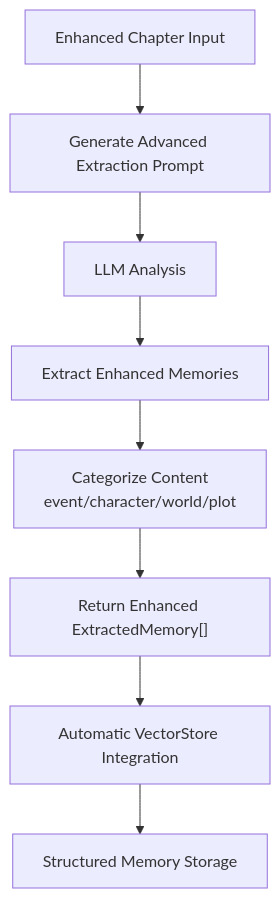
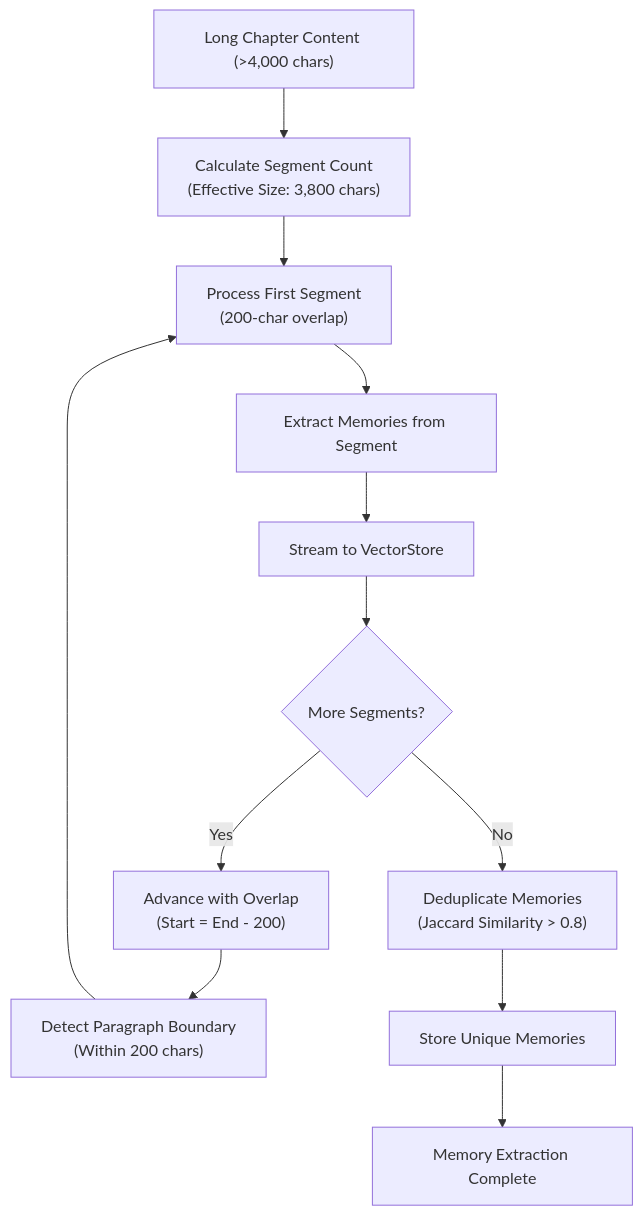
One commit to liwonder/NARRITIVE_OS changed the third of 11 diagrams in .qoder/repowiki/en/content/Memory Management System/Memory Management System.md. Above: the diagram before and after it, drawn with Mermaid. The commit also changed other lines of this file and 17 other files, not shown here.

First line of the commit message:
Enhance engine: character strategies, memory & docs

````diff
--- a/.qoder/repowiki/en/content/Memory Management System/Memory Management System.md
+++ b/.qoder/repowiki/en/content/Memory Management System/Memory Management System.md
@@ -275,10 +272,14 @@
 ```mermaid
 flowchart TD
-A["Enhanced Chapter Input"] --> B["Generate Advanced Extraction Prompt"]
-B --> C["LLM Analysis"]
-C --> D["Extract Enhanced Memories"]
-D --> E["Categorize Content<br/>event/character/world/plot"]
-E --> F["Return Enhanced ExtractedMemory[]"]
-F --> G["Automatic VectorStore Integration"]
-G --> H["Structured Memory Storage"]
+A["Long Chapter Content (>4,000 chars)"] --> B["Calculate Segment Count<br/>(Effective Size: 3,800 chars)"]
+B --> C["Process First Segment<br/>(200-char overlap)"]
+C --> D["Extract Memories from Segment"]
+D --> E["Stream to VectorStore"]
+E --> F{"More Segments?"}
+F --> |Yes| G["Advance with Overlap<br/>(Start = End - 200)"]
+G --> H["Detect Paragraph Boundary<br/>(Within 200 chars)"]
+H --> C
+F --> |No| I["Deduplicate Memories<br/>(Jaccard Similarity > 0.8)"]
+I --> J["Store Unique Memories"]
+J --> K["Memory Extraction Complete"]
 ```
````
